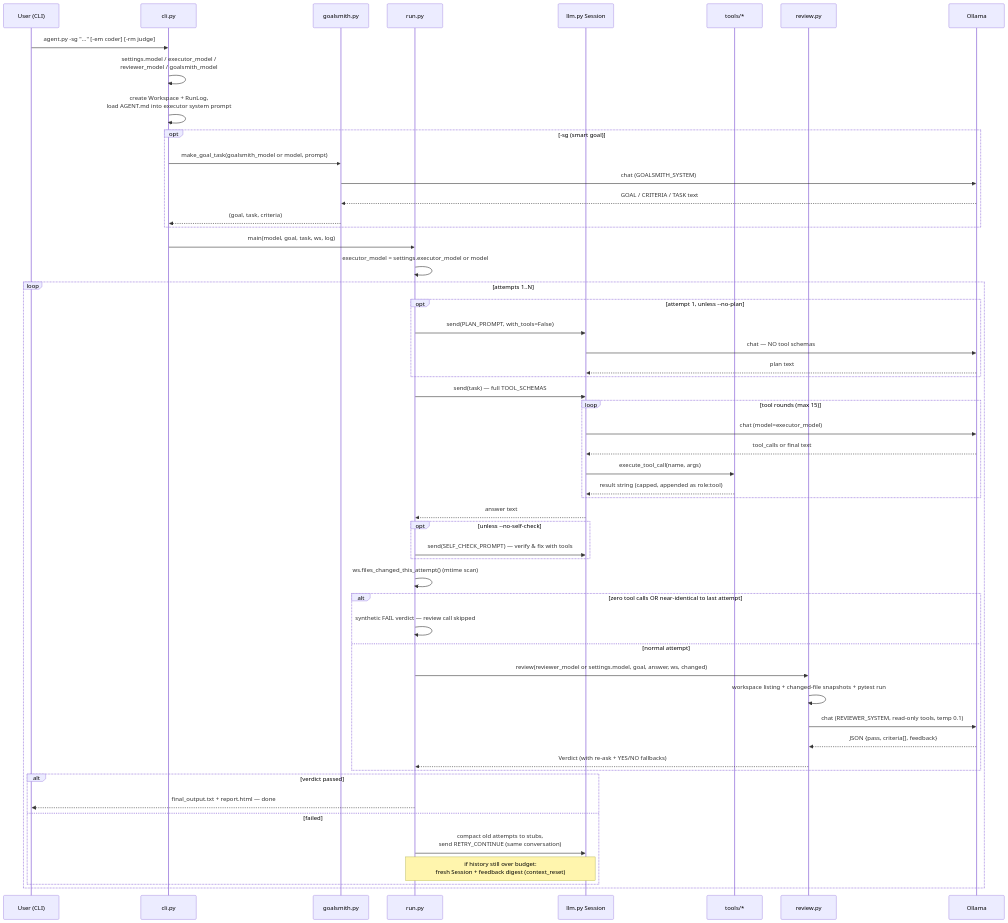
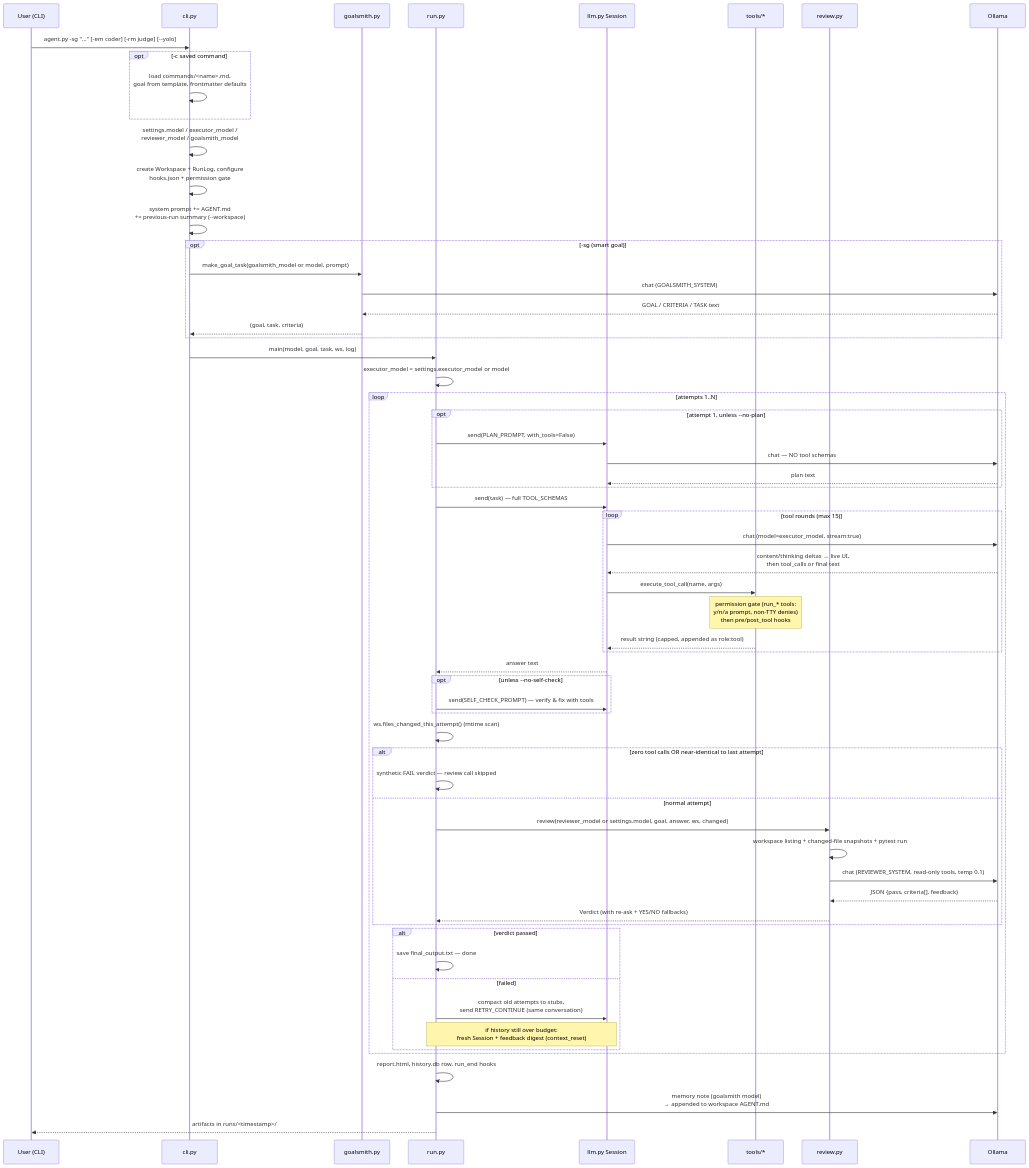
One commit to jacksonmac/agent changed the second of 4 diagrams in Readme.md. Above: the diagram before and after it, drawn with Mermaid. The commit also changed other lines of this file and 32 other files, not shown here.

````diff
--- a/Readme.md
+++ b/Readme.md
@@ -78,60 +96,69 @@
 ```mermaid
 sequenceDiagram
     participant U as User (CLI)
     participant C as cli.py
     participant G as goalsmith.py
     participant R as run.py
     participant S as llm.py Session
     participant T as tools/*
     participant V as review.py
     participant O as Ollama
 
-    U->>C: agent.py -sg "..." [-em coder] [-rm judge]
+    U->>C: agent.py -sg "..." [-em coder] [-rm judge] [--yolo]
+    opt -c saved command
+        C->>C: load commands/<name>.md,<br/>goal from template, frontmatter defaults
+    end
     C->>C: settings.model / executor_model /<br/>reviewer_model / goalsmith_model
-    C->>C: create Workspace + RunLog,<br/>load AGENT.md into executor system prompt
+    C->>C: create Workspace + RunLog, configure<br/>hooks.json + permission gate
+    C->>C: system prompt += AGENT.md<br/>+= previous-run summary (--workspace)
     opt -sg (smart goal)
         C->>G: make_goal_task(goalsmith_model or model, prompt)
         G->>O: chat (GOALSMITH_SYSTEM)
         O-->>G: GOAL / CRITERIA / TASK text
         G-->>C: (goal, task, criteria)
     end
     C->>R: main(model, goal, task, ws, log)
     R->>R: executor_model = settings.executor_model or model
 
     loop attempts 1..N
         opt attempt 1, unless --no-plan
             R->>S: send(PLAN_PROMPT, with_tools=False)
             S->>O: chat — NO tool schemas
             O-->>S: plan text
         end
         R->>S: send(task) — full TOOL_SCHEMAS
         loop tool rounds (max 15)
-            S->>O: chat (model=executor_model)
-            O-->>S: tool_calls or final text
+            S->>O: chat (model=executor_model, stream:true)
+            O-->>S: content/thinking deltas → live UI,<br/>then tool_calls or final text
             S->>T: execute_tool_call(name, args)
+            Note over T: permission gate (run_* tools:<br/>y/n/a prompt, non-TTY denies)<br/>then pre/post_tool hooks
             T-->>S: result string (capped, appended as role:tool)
         end
         S-->>R: answer text
         opt unless --no-self-check
             R->>S: send(SELF_CHECK_PROMPT) — verify & fix with tools
         end
         R->>R: ws.files_changed_this_attempt() (mtime scan)
 
         alt zero tool calls OR near-identical to last attempt
             R->>R: synthetic FAIL verdict — review call skipped
         else normal attempt
             R->>V: review(reviewer_model or settings.model, goal, answer, ws, changed)
             V->>V: workspace listing + changed-file snapshots + pytest run
             V->>O: chat (REVIEWER_SYSTEM, read-only tools, temp 0.1)
             O-->>V: JSON {pass, criteria[], feedback}
             V-->>R: Verdict (with re-ask + YES/NO fallbacks)
         end
 
         alt verdict passed
-            R-->>U: final_output.txt + report.html — done
+            R->>R: save final_output.txt — done
         else failed
             R->>S: compact old attempts to stubs,<br/>send RETRY_CONTINUE (same conversation)
             Note over R,S: if history still over budget:<br/>fresh Session + feedback digest (context_reset)
         end
     end
+
+    R->>R: report.html, history.db row, run_end hooks
+    R->>O: memory note (goalsmith model)<br/>→ appended to workspace AGENT.md
+    R-->>U: artifacts in runs/<timestamp>/
 ```
````
